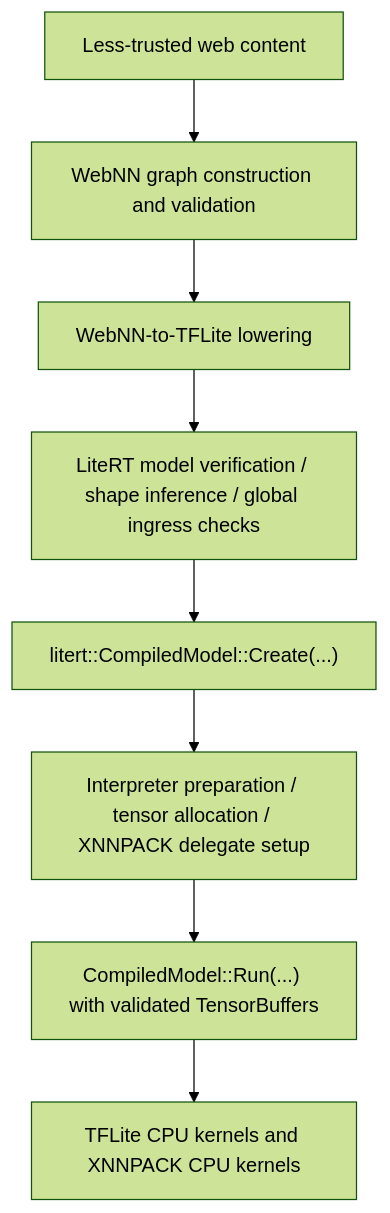
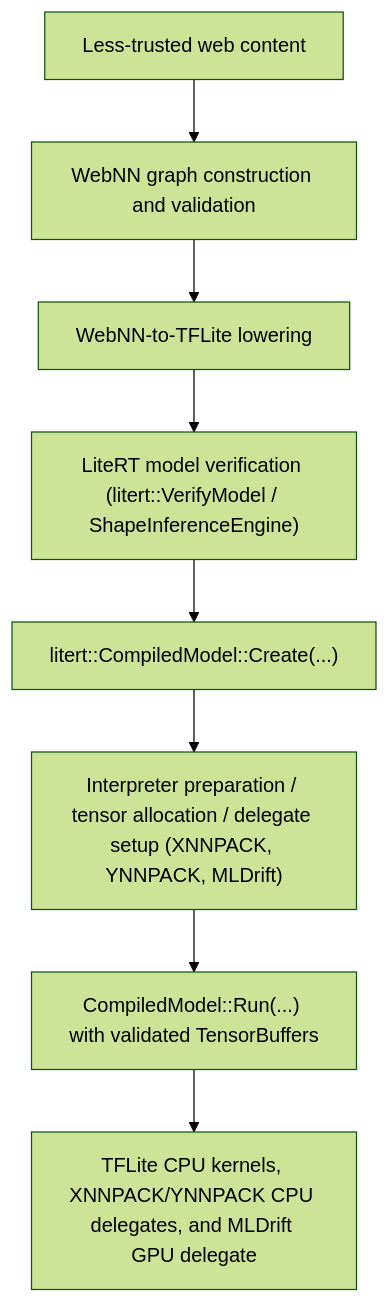
The second of 2 diagrams in docs/instructions/security.md (google-ai-edge/LiteRT), drawn with Mermaid (forest theme) before and after one commit. The commit also changed other lines of this file and 1 other file, not shown here.

First line of the commit message:
Refresh the LiteRT runtime threat model (`docs/instructions/security.md`) and fuzzing guide (`litert/test/fuzzing/README.md`) to reflect the current verifier, backend scope, and fuzzing suite.

````diff
--- a/docs/instructions/security.md
+++ b/docs/instructions/security.md
@@ -135,20 +125,19 @@
 ```mermaid
 flowchart TD
-%% Phase 1: Node Definitions
-N_WebContent["Less-trusted web content"]
-N_GraphConstruction["WebNN graph construction and validation"]
-N_Lowering["WebNN-to-TFLite lowering"]
-N_Verification["LiteRT model verification / shape inference / global ingress checks"]
-N_CreateModel["litert::CompiledModel::Create#40;...#41;"]
-N_InterpreterPrep["Interpreter preparation / tensor allocation / XNNPACK delegate setup"]
-N_RunModel["CompiledModel::Run#40;...#41; with validated TensorBuffers"]
-N_CPUKernels["TFLite CPU kernels and XNNPACK CPU kernels"]
-%% Phase 2: Link Definitions
-N_WebContent --> N_GraphConstruction
-N_GraphConstruction --> N_Lowering
-N_Lowering --> N_Verification
-N_Verification --> N_CreateModel
-N_CreateModel --> N_InterpreterPrep
-N_InterpreterPrep --> N_RunModel
-N_RunModel --> N_CPUKernels
+    N_WebContent["Less-trusted web content"]
+    N_GraphConstruction["WebNN graph construction and validation"]
+    N_Lowering["WebNN-to-TFLite lowering"]
+    N_Verification["LiteRT model verification (litert::VerifyModel / ShapeInferenceEngine)"]
+    N_CreateModel["litert::CompiledModel::Create(...)"]
+    N_Prep["Interpreter preparation / tensor allocation / delegate setup (XNNPACK, YNNPACK, MLDrift)"]
+    N_RunModel["CompiledModel::Run(...) with validated TensorBuffers"]
+    N_Exec["TFLite CPU kernels, XNNPACK/YNNPACK CPU delegates, and MLDrift GPU delegate"]
+
+    N_WebContent --> N_GraphConstruction
+    N_GraphConstruction --> N_Lowering
+    N_Lowering --> N_Verification
+    N_Verification --> N_CreateModel
+    N_CreateModel --> N_Prep
+    N_Prep --> N_RunModel
+    N_RunModel --> N_Exec
 ```
````
